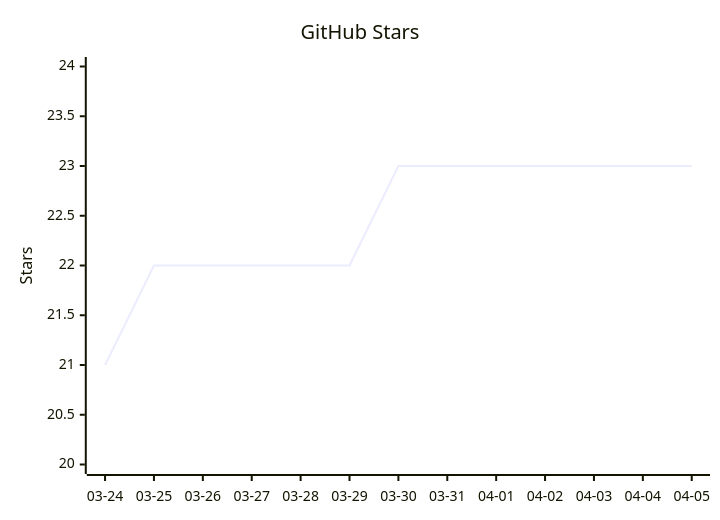
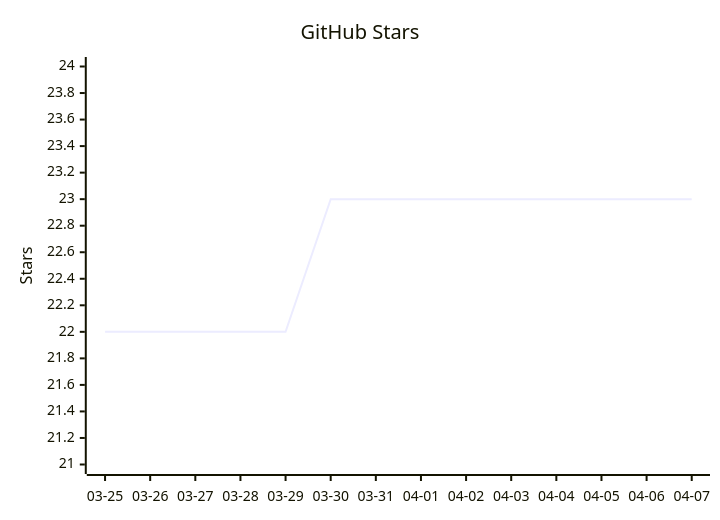
The diagram in README.mbt.md (vectie/moonclaw), drawn with Mermaid before and after one commit. The commit also changed other lines of this file and 2 other files, not shown here.

Commit message:
Render star growth as graph

````diff
--- a/README.mbt.md
+++ b/README.mbt.md
@@ -458,7 +458,7 @@
 ```mermaid
 xychart-beta
     title "GitHub Stars"
-    x-axis ["03-24","03-25","03-26","03-27","03-28","03-29","03-30","03-31","04-01","04-02","04-03","04-04","04-05"]
-    y-axis "Stars" 20 --> 24
-    line [21,22,22,22,22,22,23,23,23,23,23,23,23]
+    x-axis ["03-25","03-26","03-27","03-28","03-29","03-30","03-31","04-01","04-02","04-03","04-04","04-05","04-06","04-07"]
+    y-axis "Stars" 21 --> 24
+    line [22,22,22,22,22,23,23,23,23,23,23,23,23,23]
 ```
````
